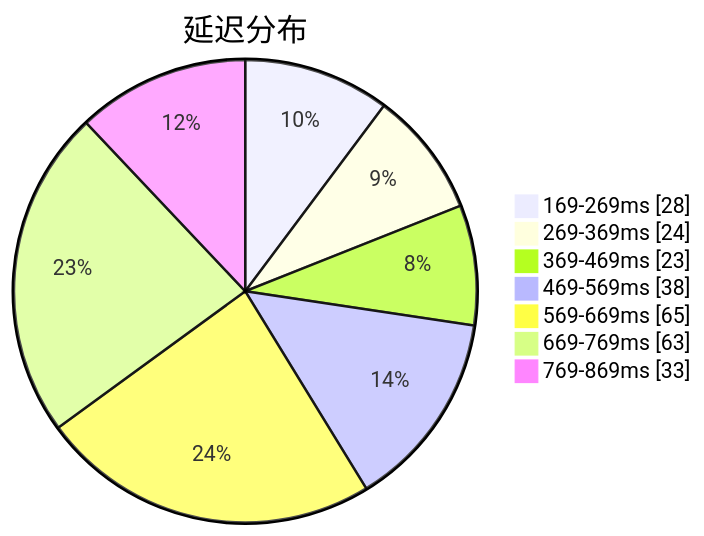
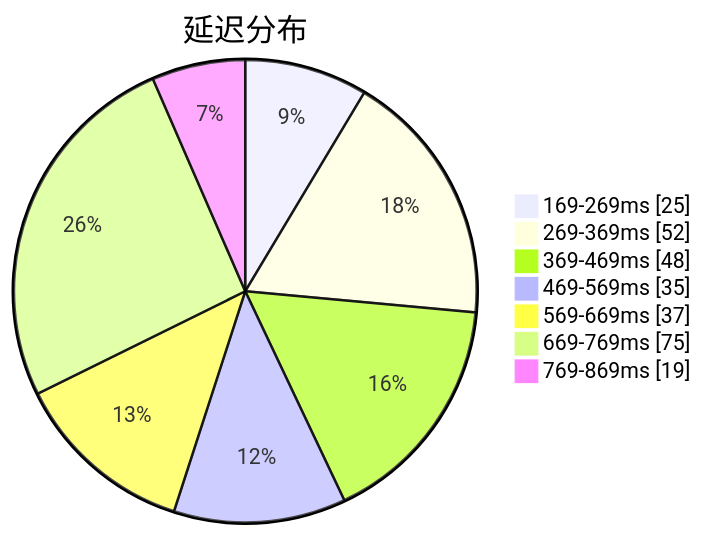
One commit to qjlxg/airport changed the first of 3 diagrams in subs/statistics/tested_within.md. Above: the diagram before and after it, drawn with Mermaid. The commit also changed other lines of this file and 2 other files, not shown here.

Commit message:
Tested by metaST

````diff
--- a/subs/statistics/tested_within.md
+++ b/subs/statistics/tested_within.md
@@ -2,11 +2,11 @@
 ```mermaid
 pie showData
 title 延迟分布
-"169-269ms" : 28
-"269-369ms" : 24
-"369-469ms" : 23
-"469-569ms" : 38
-"569-669ms" : 65
-"669-769ms" : 63
-"769-869ms" : 33
+"169-269ms" : 25
+"269-369ms" : 52
+"369-469ms" : 48
+"469-569ms" : 35
+"569-669ms" : 37
+"669-769ms" : 75
+"769-869ms" : 19
 ```
````
